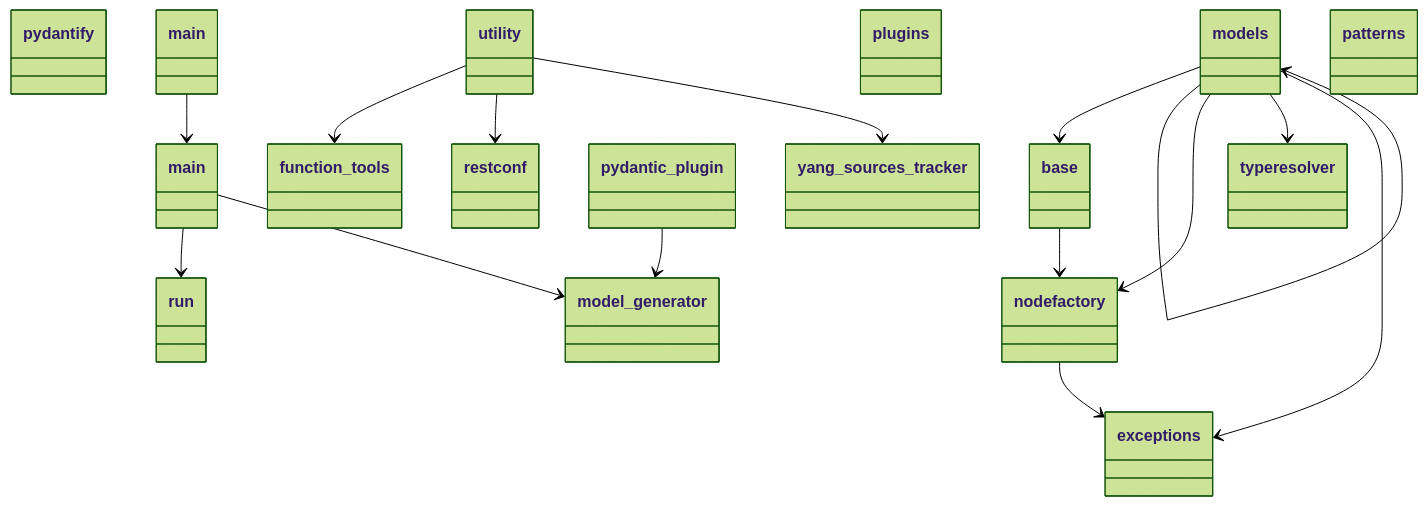
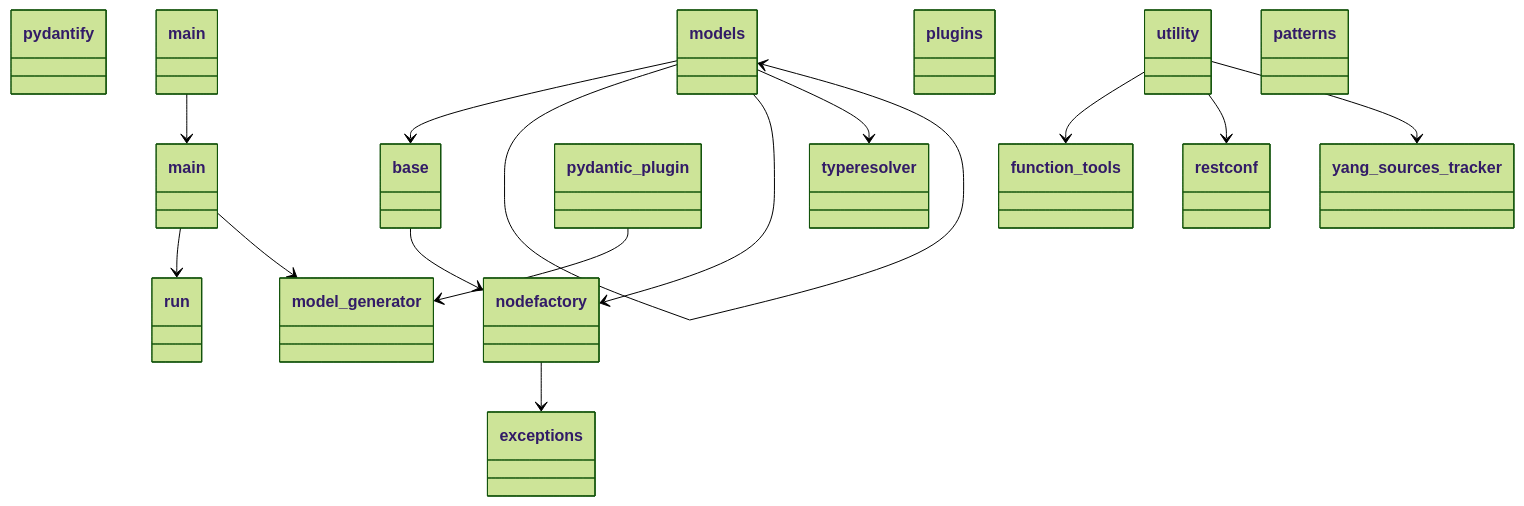
One commit to pydantify/pydantify changed the diagram in docs/resources/packages_pydantify.mmd. Above: the diagram before and after it, drawn with Mermaid (forest theme). The commit also changed 33 other files, not shown here.

```diff
--- a/docs/resources/packages_pydantify.mmd
+++ b/docs/resources/packages_pydantify.mmd
@@ -1,51 +1,50 @@
 classDiagram
   class pydantify {
   }
   class __main__ {
   }
   class exceptions {
   }
   class main {
   }
   class models {
   }
   class base {
   }
   class models {
   }
   class nodefactory {
   }
   class typeresolver {
   }
   class plugins {
   }
   class pydantic_plugin {
   }
   class run {
   }
   class utility {
   }
   class function_tools {
   }
   class model_generator {
   }
   class patterns {
   }
   class restconf {
   }
   class yang_sources_tracker {
   }
   __main__ --> main
   main --> run
   main --> model_generator
   models --> base
   models --> models
   models --> nodefactory
   models --> typeresolver
   base --> nodefactory
-  models --> exceptions
   nodefactory --> exceptions
   pydantic_plugin --> model_generator
   utility --> function_tools
   utility --> restconf
   utility --> yang_sources_tracker
```
